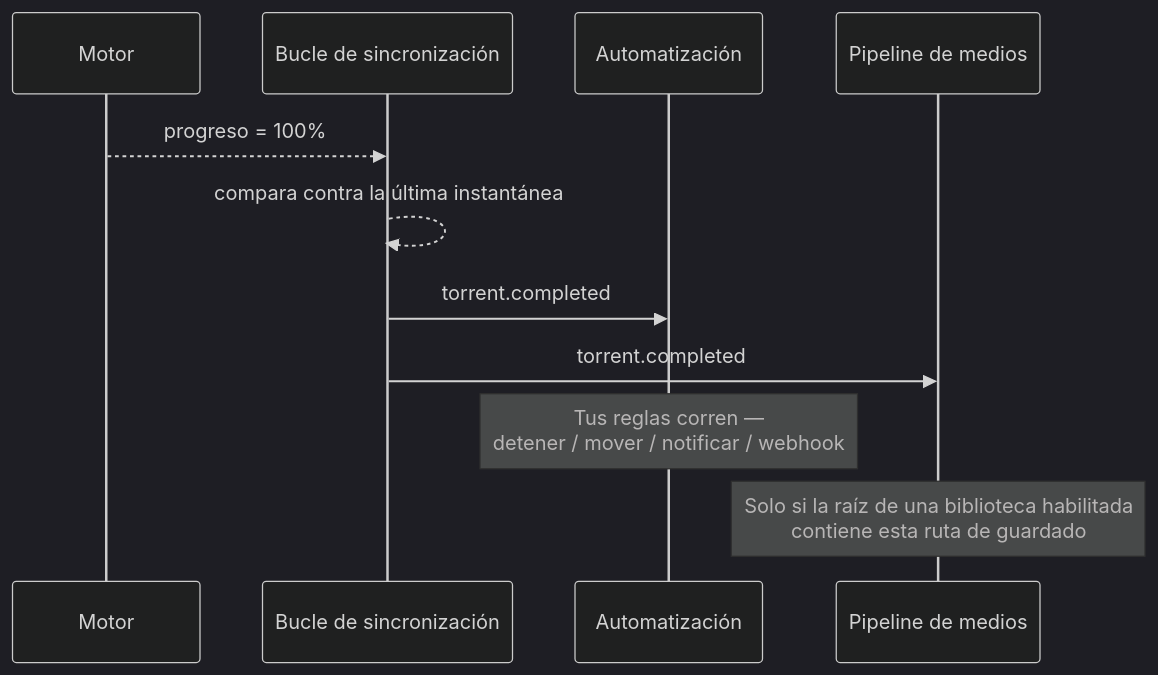
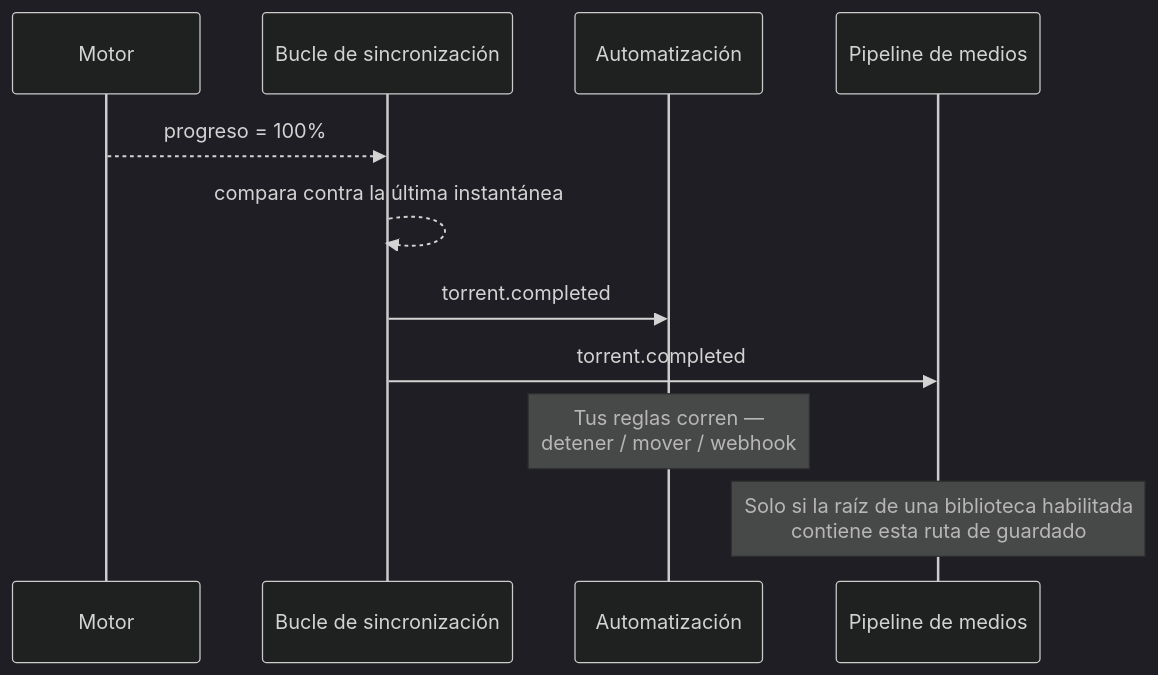
One commit to damirabal/ultratorrent-core changed the second of 2 diagrams in website/i18n/es-PR/docusaurus-plugin-content-docs/current/learn/first-download.md. Above: the diagram before and after it, drawn with Mermaid (dark theme). The commit also changed other lines of this file and 63 other files, not shown here.

````diff
--- a/website/i18n/es-PR/docusaurus-plugin-content-docs/current/learn/first-download.md
+++ b/website/i18n/es-PR/docusaurus-plugin-content-docs/current/learn/first-download.md
@@ -296,13 +296,13 @@
 ```mermaid
 sequenceDiagram
   participant E as Motor
   participant S as Bucle de sincronización
   participant A as Automatización
   participant M as Pipeline de medios
   E-->>S: progreso = 100%
   S-->>S: compara contra la última instantánea
   S->>A: torrent.completed
   S->>M: torrent.completed
-  Note over A: Tus reglas corren —<br/>detener / mover / notificar / webhook
+  Note over A: Tus reglas corren —<br/>detener / mover / webhook
   Note over M: Solo si la raíz de una biblioteca habilitada<br/>contiene esta ruta de guardado
 ```
````
